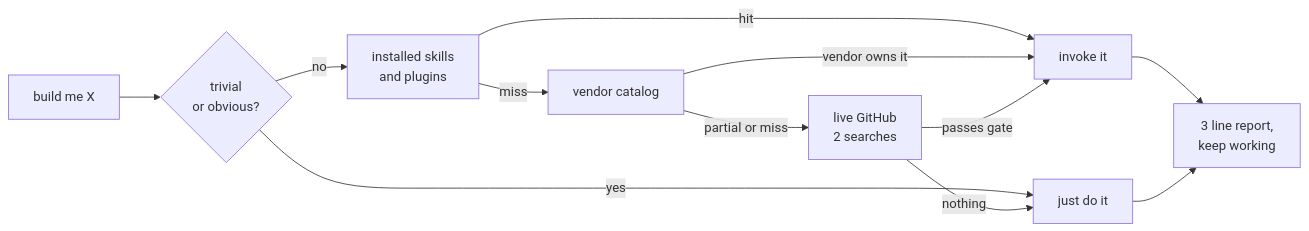
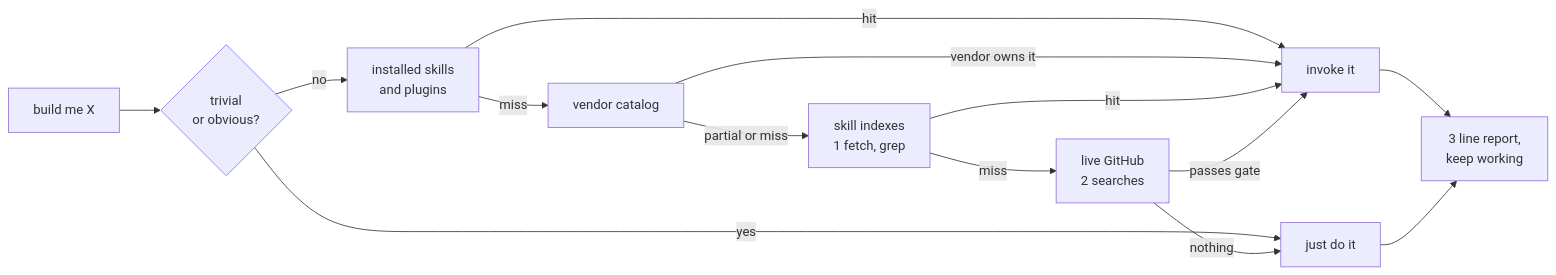
One commit to nohseongmin/claude-skill-finder changed the diagram in README.md. Above: the diagram before and after it, drawn with Mermaid. The commit also changed other lines of this file and 4 other files, not shown here.

First line of the commit message:
Query the existing skill indexes before searching GitHub blind

````diff
--- a/README.md
+++ b/README.md
@@ -42,14 +42,16 @@
 ```mermaid
 flowchart LR
     A["build me X"] --> B{"trivial<br/>or obvious?"}
     B -- yes --> Z["just do it"]
     B -- no --> C["installed skills<br/>and plugins"]
     C -- hit --> Y["invoke it"]
     C -- miss --> D["vendor catalog"]
     D -- vendor owns it --> Y
-    D -- partial or miss --> E["live GitHub<br/>2 searches"]
+    D -- partial or miss --> I["skill indexes<br/>1 fetch, grep"]
+    I -- hit --> Y
+    I -- miss --> E["live GitHub<br/>2 searches"]
     E -- passes gate --> Y
     E -- nothing --> Z
     Y --> F["3 line report,<br/>keep working"]
     Z --> F
 ```
````
